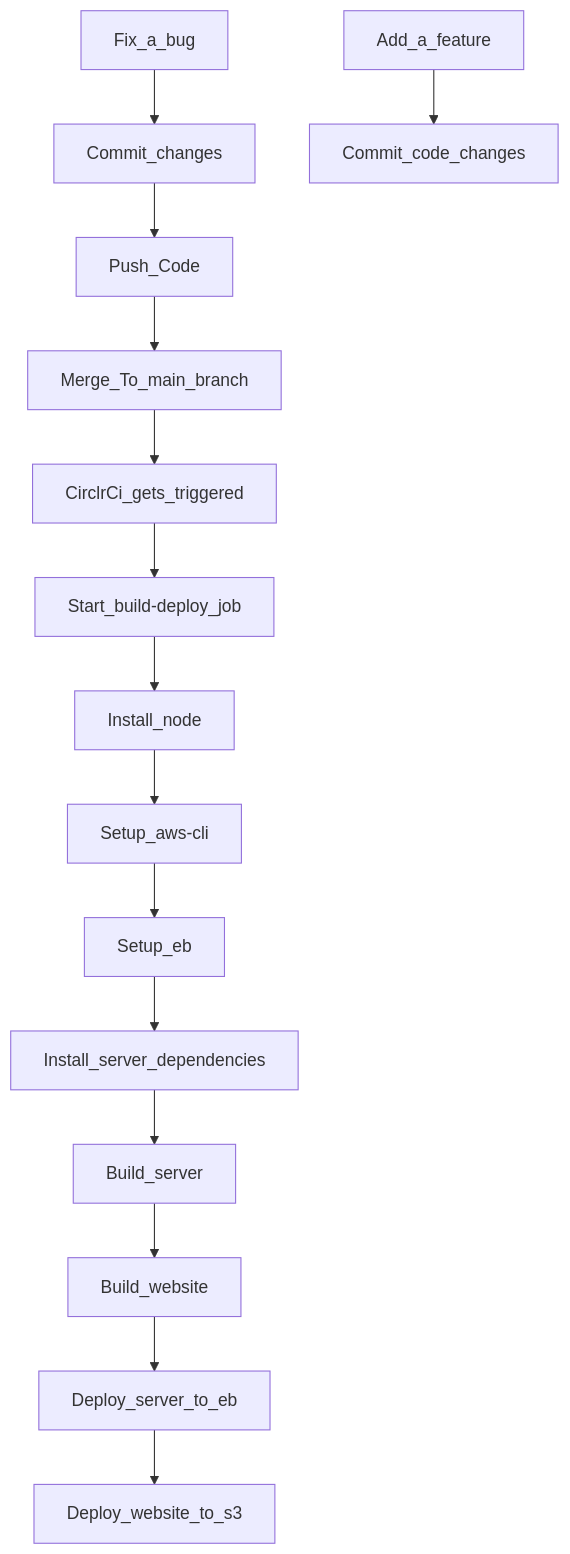
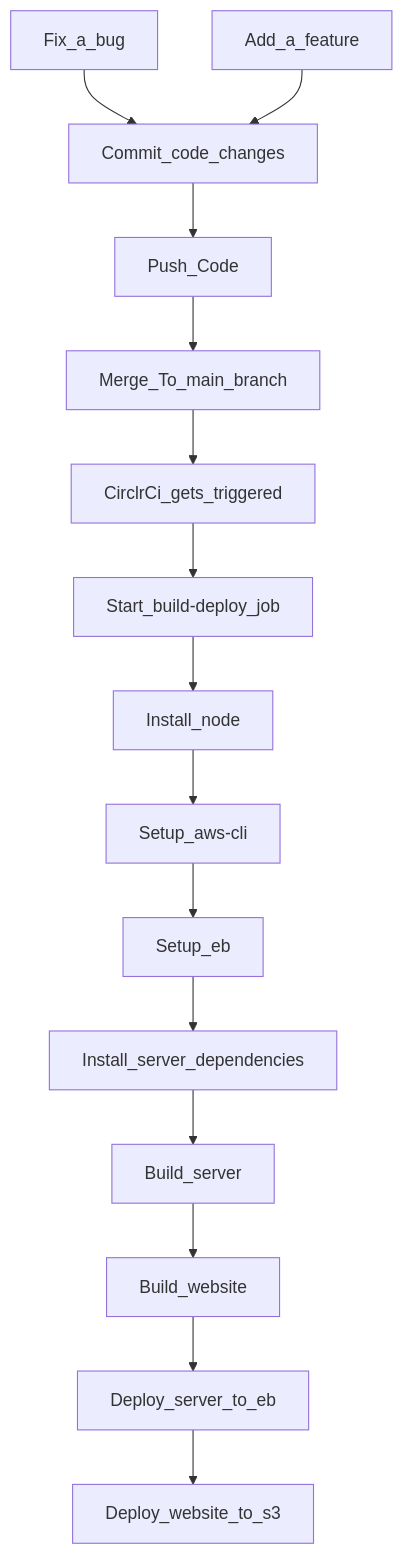
One commit to AhmedGomaa013/Storefront-Backend-FWD-Nanodegree changed the diagram in pipeline-process.md. Above: the diagram before and after it, drawn with Mermaid.

````diff
--- a/pipeline-process.md
+++ b/pipeline-process.md
@@ -4,7 +4,7 @@
 ```mermaid
 graph TD;
-    Fix_a_bug --> Commit_changes;
+    Fix_a_bug --> Commit_code_changes;
     Add_a_feature --> Commit_code_changes;
-    Commit_changes --> Push_Code --> Merge_To_main_branch --> CirclrCi_gets_triggered --> Start_build-deploy_job --> Install_node;
+    Commit_code_changes --> Push_Code --> Merge_To_main_branch --> CirclrCi_gets_triggered --> Start_build-deploy_job --> Install_node;
     Install_node --> Setup_aws-cli --> Setup_eb --> Install_server_dependencies --> Build_server --> Build_website --> Deploy_server_to_eb --> Deploy_website_to_s3;
 ```
````
